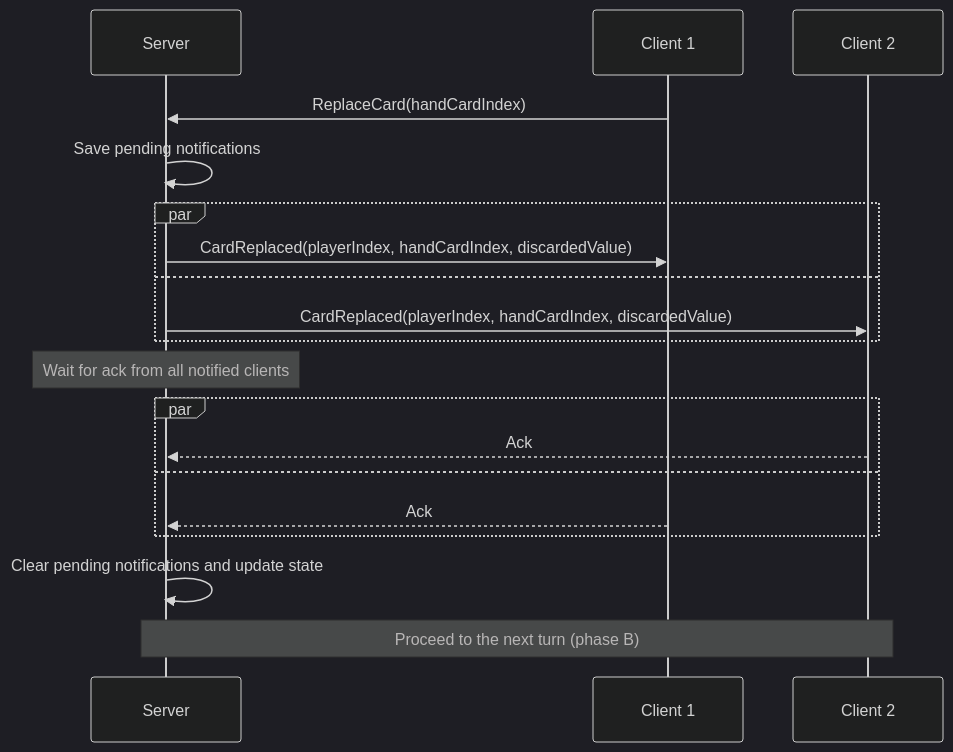
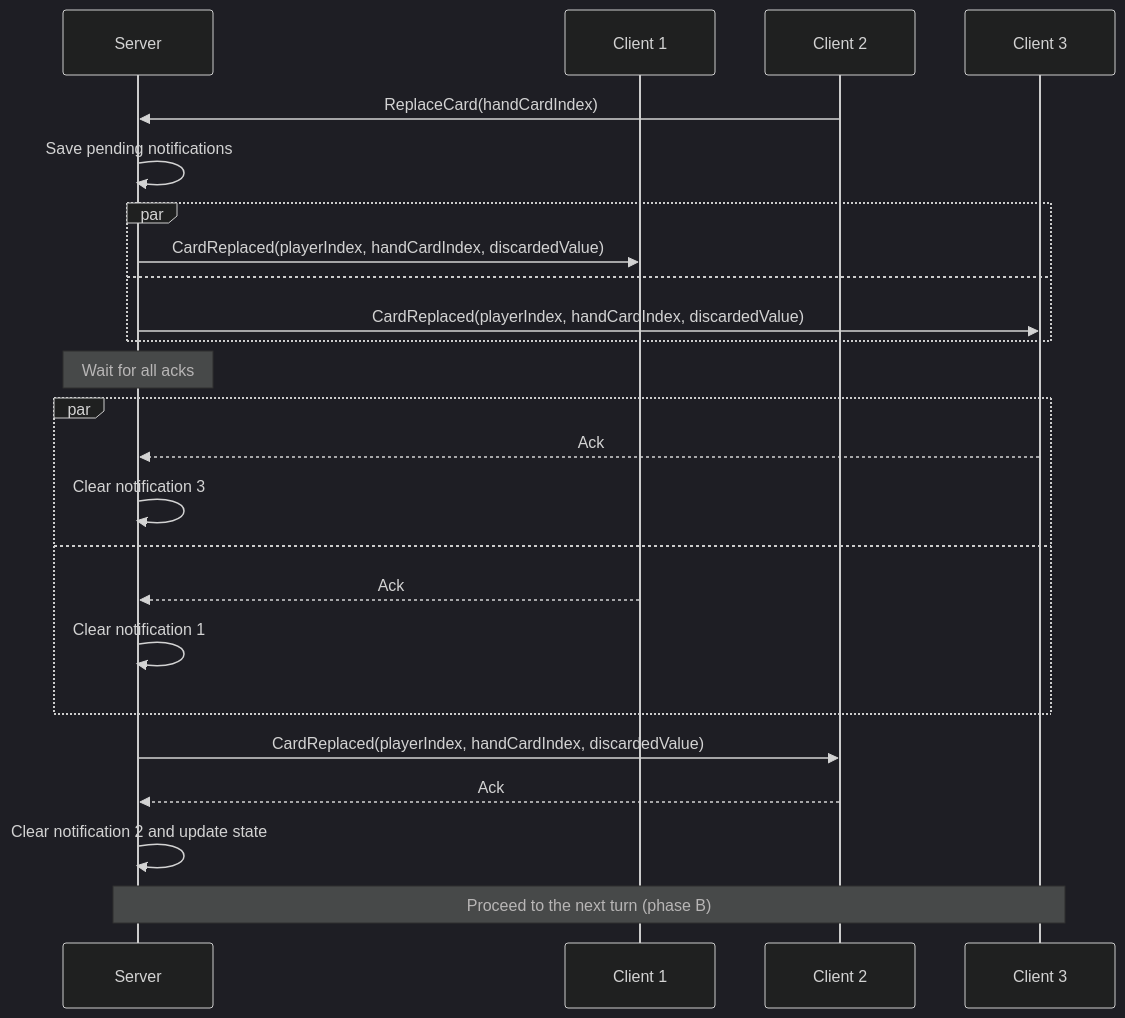
Before and after one commit to roman-zubarevich/another: the ninth of 15 diagrams in README.md, drawn with Mermaid (dark theme). The commit also changed other lines of this file, not shown here.

````diff
--- a/README.md
+++ b/README.md
@@ -214,21 +251,26 @@
 ```mermaid
 sequenceDiagram
     participant S as Server
     participant C1 as Client 1
     participant C2 as Client 2
-    C1->>S: ReplaceCard(handCardIndex)
+    participant C3 as Client 3
+    C2->>S: ReplaceCard(handCardIndex)
     S->>S: Save pending notifications
     par
         S->>C1: CardReplaced(playerIndex, handCardIndex, discardedValue)
     and
-        S->>C2: CardReplaced(playerIndex, handCardIndex, discardedValue)
+        S->>C3: CardReplaced(playerIndex, handCardIndex, discardedValue)
     end
-    Note over S: Wait for ack from all notified clients
+    Note over S: Wait for all acks
     par
-        C2-->>S: Ack
+        C3-->>S: Ack
+        S->>S: Clear notification 3
     and
         C1-->>S: Ack
+        S->>S: Clear notification 1
     end
-    S->>S: Clear pending notifications and update state
-    Note over S,C2: Proceed to the next turn (phase B)
+    S->>C2: CardReplaced(playerIndex, handCardIndex, discardedValue)
+    C2-->>S: Ack
+    S->>S: Clear notification 2 and update state
+    Note over S,C3: Proceed to the next turn (phase B)
 ```
````
